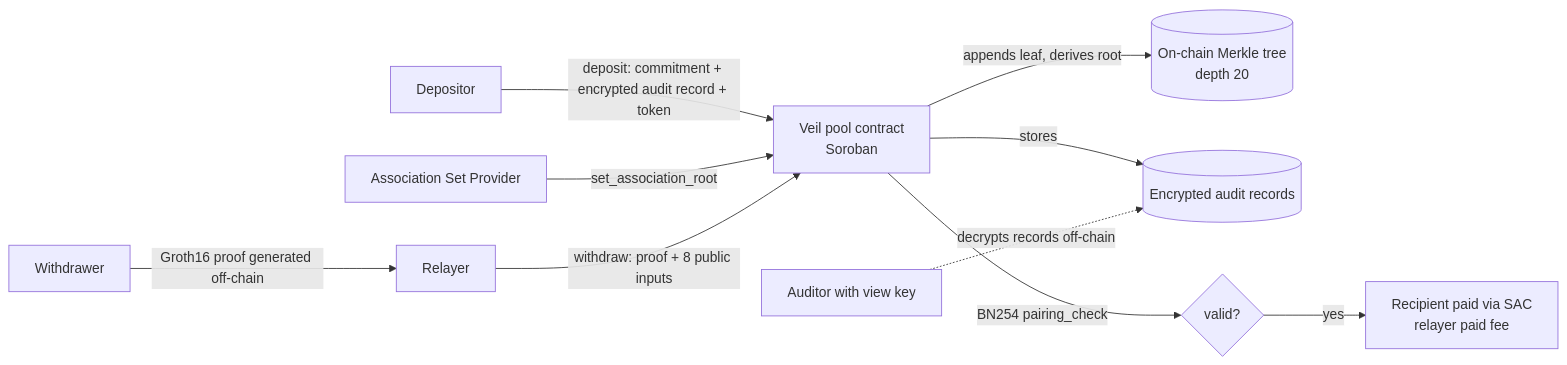
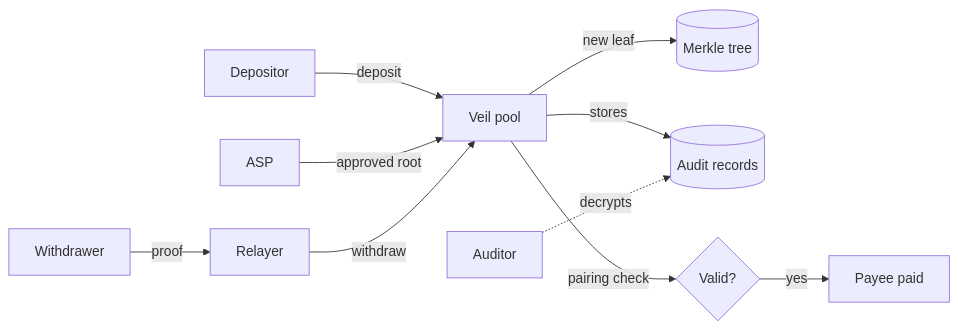
One commit to Risingtell/veil changed the first of 2 diagrams in docs/ARCHITECTURE.md. Above: the diagram before and after it, drawn with Mermaid. The commit also changed other lines of this file, not shown here.

Commit message:
Simplify architecture diagrams so GitHub renders every label

````diff
--- a/docs/ARCHITECTURE.md
+++ b/docs/ARCHITECTURE.md
@@ -31,12 +31,12 @@
 ```mermaid
 flowchart LR
-    D[Depositor] -->|deposit: commitment + encrypted audit record + token| C
-    C[Veil pool contract<br/>Soroban] -->|appends leaf, derives root| T[(On-chain Merkle tree<br/>depth 20)]
-    C -->|stores| A[(Encrypted audit records)]
-    ASP[Association Set Provider] -->|set_association_root| C
-    W[Withdrawer] -->|Groth16 proof generated off-chain| R[Relayer]
-    R -->|withdraw: proof + 8 public inputs| C
-    C -->|BN254 pairing_check| V{valid?}
-    V -->|yes| P[Recipient paid via SAC<br/>relayer paid fee]
-    AUD[Auditor with view key] -.->|decrypts records off-chain| A
+    D[Depositor] -->|deposit| C[Veil pool]
+    ASP[ASP] -->|approved root| C
+    C -->|new leaf| T[(Merkle tree)]
+    C -->|stores| A[(Audit records)]
+    W[Withdrawer] -->|proof| R[Relayer]
+    R -->|withdraw| C
+    C -->|pairing check| V{Valid?}
+    V -->|yes| P[Payee paid]
+    AUD[Auditor] -.->|decrypts| A
 ```
````
